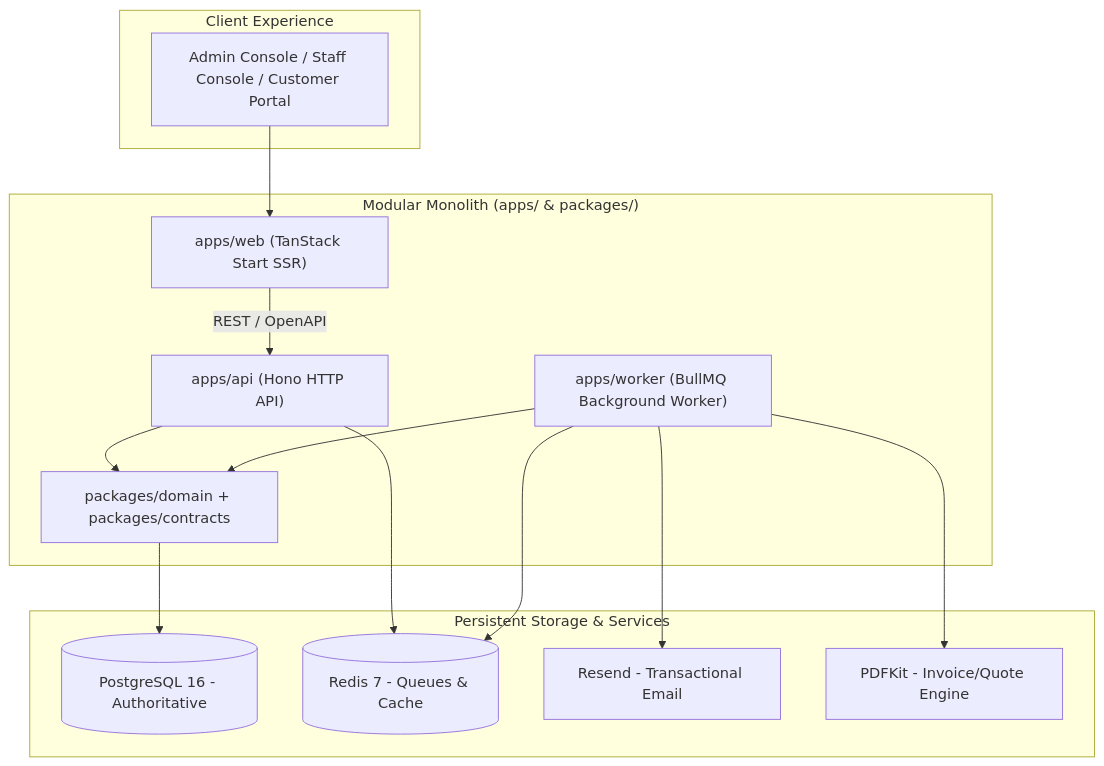
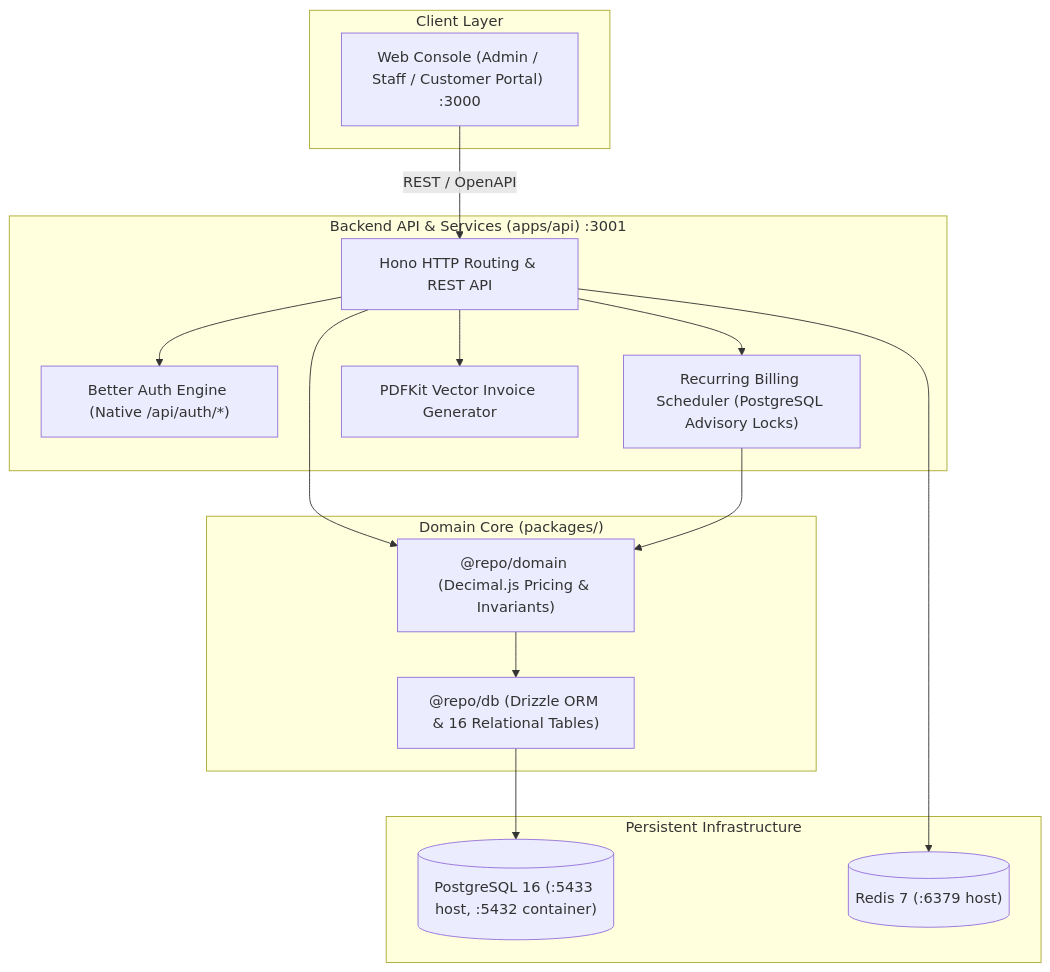
One commit to JVN321/subscription-management changed the diagram in README.md. Above: the diagram before and after it, drawn with Mermaid. The commit also changed other lines of this file and 92 other files, not shown here.

Commit message:
docs: restructure docs vault into clean guides, architecture, domain, design, and add local & hosting runbooks

````diff
--- a/README.md
+++ b/README.md
@@ -11,30 +11,33 @@
 ```mermaid
 flowchart TD
-    subgraph Clients ["Client Experience"]
-        U_PORTAL["Admin Console / Staff Console / Customer Portal"]
+    subgraph Clients ["Client Layer"]
+        CONSOLE["Web Console (Admin / Staff / Customer Portal) :3000"]
     end
 
-    subgraph Monolith ["Modular Monolith (apps/ & packages/)"]
-        WEB["apps/web (TanStack Start SSR)"]
-        API["apps/api (Hono HTTP API)"]
-        WORKER["apps/worker (BullMQ Background Worker)"]
-        CORE["packages/domain + packages/contracts"]
+    subgraph Backend ["Backend API & Services (apps/api) :3001"]
+        HONO["Hono HTTP Routing & REST API"]
+        AUTH["Better Auth Engine (Native /api/auth/*)"]
+        SCHED["Recurring Billing Scheduler (PostgreSQL Advisory Locks)"]
+        PDF["PDFKit Vector Invoice Generator"]
     end
 
-    subgraph Data ["Persistent Storage & Services"]
-        DB[(PostgreSQL 16 - Authoritative)]
-        REDIS[(Redis 7 - Queues & Cache)]
-        RESEND[Resend - Transactional Email]
-        PDFKIT[PDFKit - Invoice/Quote Engine]
+    subgraph Core ["Domain Core (packages/)"]
+        DOMAIN["@repo/domain (Decimal.js Pricing & Invariants)"]
+        DB["@repo/db (Drizzle ORM & 16 Relational Tables)"]
     end
 
-    U_PORTAL --> WEB
-    WEB -->|REST / OpenAPI| API
-    API --> CORE
-    WORKER --> CORE
-    CORE --> DB
-    API --> REDIS
-    WORKER --> REDIS
-    WORKER --> RESEND
-    WORKER --> PDFKIT
+    subgraph Persistence ["Persistent Infrastructure"]
+        POSTGRES[("PostgreSQL 16 (:5433 host, :5432 container)")]
+        REDIS[("Redis 7 (:6379 host)")]
+    end
+
+    CONSOLE -->|REST / OpenAPI| HONO
+    HONO --> AUTH
+    HONO --> SCHED
+    HONO --> PDF
+    HONO --> DOMAIN
+    SCHED --> DOMAIN
+    DOMAIN --> DB
+    DB --> POSTGRES
+    HONO --> REDIS
 ```
````
